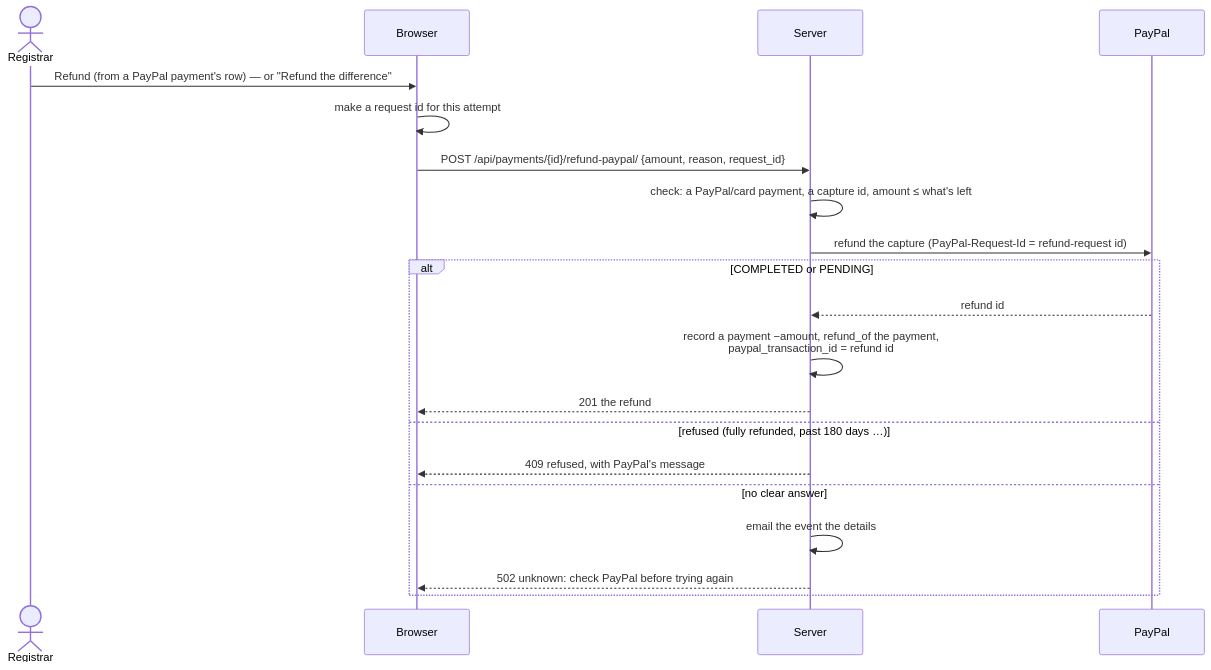
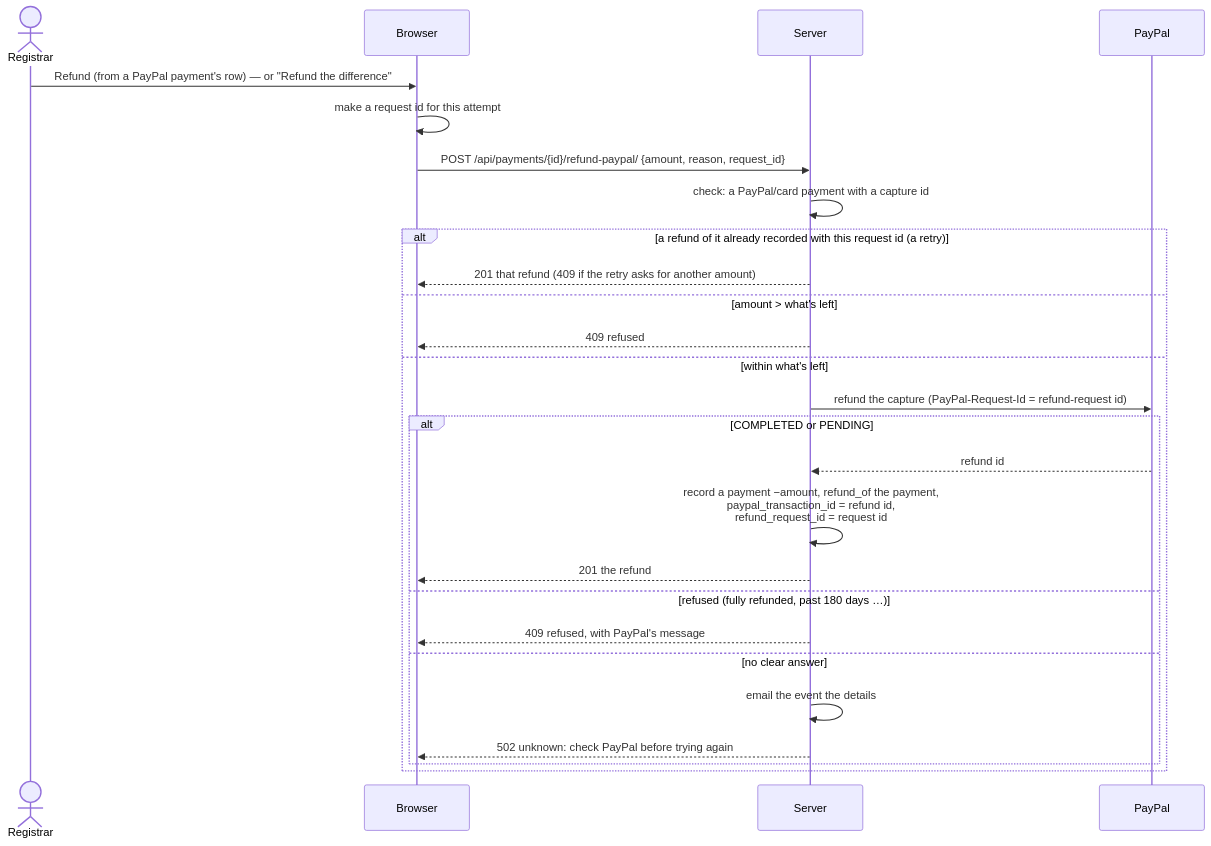
One commit to camphoric/camphoric changed the ninth of 12 diagrams in doc/payments.md. Above: the diagram before and after it, drawn with Mermaid. The commit also changed other lines of this file and 8 other files, not shown here.

First line of the commit message:
fix(payments): return the recorded refund when a full refund is retried

````diff
--- a/doc/payments.md
+++ b/doc/payments.md
@@ -394,22 +395,28 @@
 ```mermaid
 sequenceDiagram
     actor A as Registrar
     participant B as Browser
     participant S as Server
     participant P as PayPal
     A->>B: Refund (from a PayPal payment's row) — or "Refund the difference"
     B->>B: make a request id for this attempt
     B->>S: POST /api/payments/{id}/refund-paypal/ {amount, reason, request_id}
-    S->>S: check: a PayPal/card payment, a capture id, amount ≤ what's left
-    S->>P: refund the capture (PayPal-Request-Id = refund-request id)
-    alt COMPLETED or PENDING
-        P-->>S: refund id
-        S->>S: record a payment −amount, refund_of the payment,<br/>paypal_transaction_id = refund id
-        S-->>B: 201 the refund
-    else refused (fully refunded, past 180 days …)
-        S-->>B: 409 refused, with PayPal's message
-    else no clear answer
-        S->>S: email the event the details
-        S-->>B: 502 unknown: check PayPal before trying again
+    S->>S: check: a PayPal/card payment with a capture id
+    alt a refund of it already recorded with this request id (a retry)
+        S-->>B: 201 that refund (409 if the retry asks for another amount)
+    else amount > what's left
+        S-->>B: 409 refused
+    else within what's left
+        S->>P: refund the capture (PayPal-Request-Id = refund-request id)
+        alt COMPLETED or PENDING
+            P-->>S: refund id
+            S->>S: record a payment −amount, refund_of the payment,<br/>paypal_transaction_id = refund id,<br/>refund_request_id = request id
+            S-->>B: 201 the refund
+        else refused (fully refunded, past 180 days …)
+            S-->>B: 409 refused, with PayPal's message
+        else no clear answer
+            S->>S: email the event the details
+            S-->>B: 502 unknown: check PayPal before trying again
+        end
     end
 ```
````
